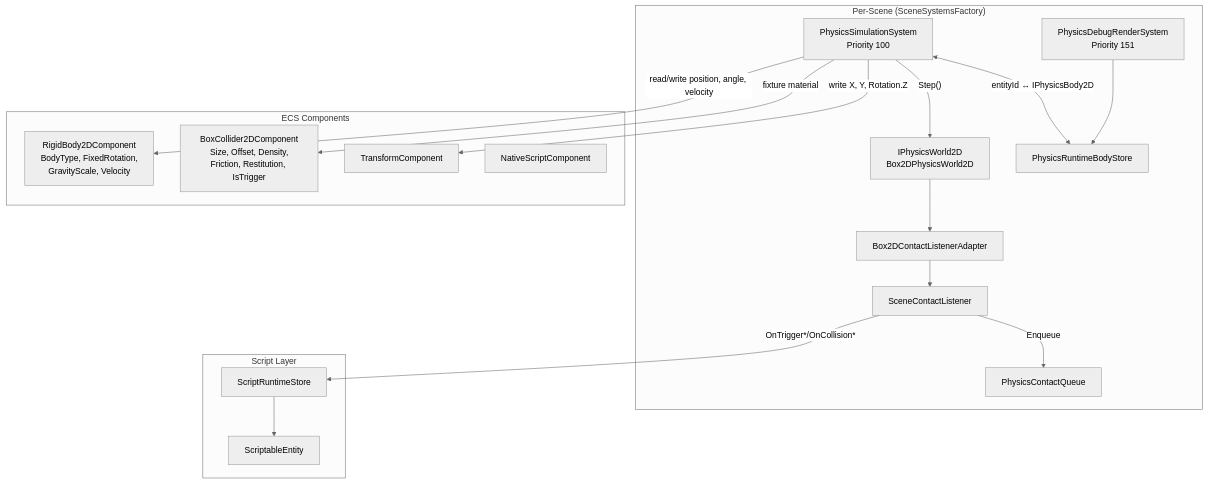
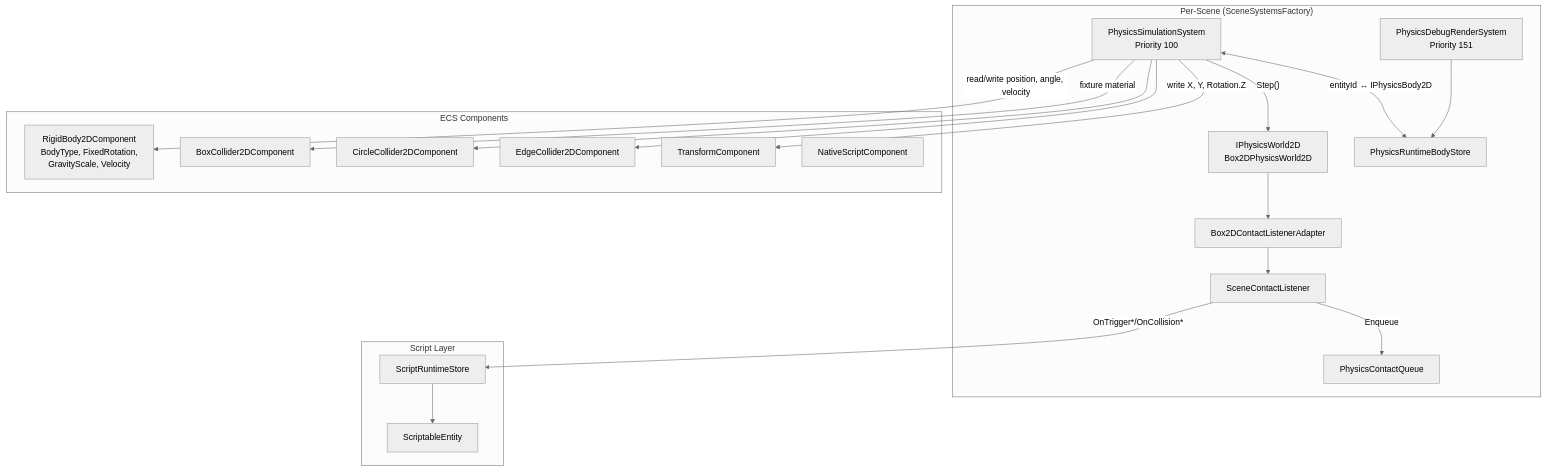
One commit to kateusz/GameEngine changed the first of 4 diagrams in docs/architecture/physics-system.md. Above: the diagram before and after it, drawn with Mermaid (neutral theme). The commit also changed other lines of this file and 23 other files, not shown here.

Commit message:
Circle and Edge colliders

````diff
--- a/docs/architecture/physics-system.md
+++ b/docs/architecture/physics-system.md
@@ -9,36 +9,40 @@
 ```mermaid
 graph TB
     subgraph "Per-Scene (SceneSystemsFactory)"
         PSS[PhysicsSimulationSystem<br/>Priority 100]
         PDR[PhysicsDebugRenderSystem<br/>Priority 151]
         PW[IPhysicsWorld2D<br/>Box2DPhysicsWorld2D]
         BS[PhysicsRuntimeBodyStore]
         CQ[PhysicsContactQueue]
         SCL[SceneContactListener]
         CLA[Box2DContactListenerAdapter]
     end
 
     subgraph "ECS Components"
         RB[RigidBody2DComponent<br/>BodyType, FixedRotation,<br/>GravityScale, Velocity]
-        BC[BoxCollider2DComponent<br/>Size, Offset, Density,<br/>Friction, Restitution, IsTrigger]
+        BC[BoxCollider2DComponent]
+        CC[CircleCollider2DComponent]
+        EC[EdgeCollider2DComponent]
         TC[TransformComponent]
         NSC[NativeScriptComponent]
     end
 
     subgraph "Script Layer"
         SRS[ScriptRuntimeStore]
         SE[ScriptableEntity]
     end
 
     PSS -->|"Step()"| PW
     PW --> CLA
     CLA --> SCL
     SCL -->|"Enqueue"| CQ
     SCL -->|"OnTrigger*/OnCollision*"| SRS
     SRS --> SE
     PSS <-->|"entityId ↔ IPhysicsBody2D"| BS
     PSS -->|"read/write position, angle, velocity"| RB
     PSS -->|"write X, Y, Rotation.Z"| TC
     PSS -->|"fixture material"| BC
+    PSS --> CC
+    PSS --> EC
     PDR --> BS
 ```
````
